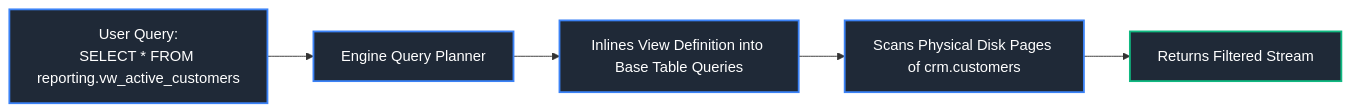
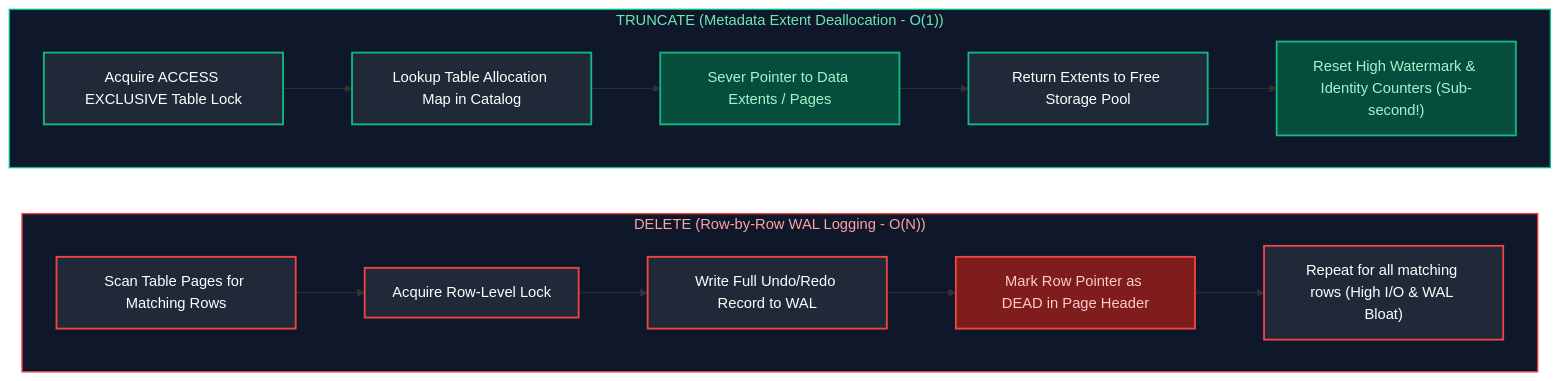
One commit to joydeep-biswas/Interview-Preparation changed the tenth of 10 diagrams in Data Engineering/01_sql_fundamentals.md. Above: the diagram before and after it, drawn with Mermaid. The commit also changed other lines of this file and 143 other files, not shown here.

````diff
--- a/Data Engineering/01_sql_fundamentals.md
+++ b/Data Engineering/01_sql_fundamentals.md
@@ -1090,13 +1856,31 @@
 ```mermaid
 flowchart LR
-    UserQuery["User Query:<br/>SELECT * FROM reporting.vw_active_customers"] --> Planner["Engine Query Planner"]
-    Planner --> Expand["Inlines View Definition into Base Table Queries"]
-    Expand --> PhysicalScan["Scans Physical Disk Pages of crm.customers"]
-    PhysicalScan --> Output["Returns Filtered Stream"]
+    subgraph DeleteOp ["DELETE (Row-by-Row WAL Logging - O(N))"]
+        direction LR
+        D1["Scan Table Pages for Matching Rows"] --> D2["Acquire Row-Level Lock"]
+        D2 --> D3["Write Full Undo/Redo Record to WAL"]
+        D3 --> D4["Mark Row Pointer as DEAD in Page Header"]
+        D4 --> D5["Repeat for all matching rows (High I/O & WAL Bloat)"]
+    end
 
-    style UserQuery fill:#1f2937,stroke:#3b82f6,stroke-width:2px,color:#fff
-    style Planner fill:#1f2937,stroke:#3b82f6,stroke-width:2px,color:#fff
-    style Expand fill:#1f2937,stroke:#3b82f6,stroke-width:2px,color:#fff
-    style PhysicalScan fill:#1f2937,stroke:#3b82f6,stroke-width:2px,color:#fff
-    style Output fill:#1f2937,stroke:#10b981,stroke-width:2px,color:#fff
+    subgraph TruncateOp ["TRUNCATE (Metadata Extent Deallocation - O(1))"]
+        direction LR
+        T1["Acquire ACCESS EXCLUSIVE Table Lock"] --> T2["Lookup Table Allocation Map in Catalog"]
+        T2 --> T3["Sever Pointer to Data Extents / Pages"]
+        T3 --> T4["Return Extents to Free Storage Pool"]
+        T4 --> T5["Reset High Watermark & Identity Counters (Sub-second!)"]
+    end
+
+    style DeleteOp fill:#0f172a,stroke:#ef4444,stroke-width:1.5px,color:#fca5a5
+    style TruncateOp fill:#0f172a,stroke:#10b981,stroke-width:1.5px,color:#6ee7b7
+    style D1 fill:#1f2937,stroke:#ef4444,stroke-width:2px,color:#fff
+    style D2 fill:#1f2937,stroke:#ef4444,stroke-width:2px,color:#fff
+    style D3 fill:#1f2937,stroke:#ef4444,stroke-width:2px,color:#fff
+    style D4 fill:#7f1d1d,stroke:#ef4444,stroke-width:2px,color:#fecaca
+    style D5 fill:#1f2937,stroke:#ef4444,stroke-width:2px,color:#fff
+    style T1 fill:#1f2937,stroke:#10b981,stroke-width:2px,color:#fff
+    style T2 fill:#1f2937,stroke:#10b981,stroke-width:2px,color:#fff
+    style T3 fill:#064e3b,stroke:#10b981,stroke-width:2px,color:#a7f3d0
+    style T4 fill:#1f2937,stroke:#10b981,stroke-width:2px,color:#fff
+    style T5 fill:#064e3b,stroke:#10b981,stroke-width:2px,color:#a7f3d0
 ```
````
